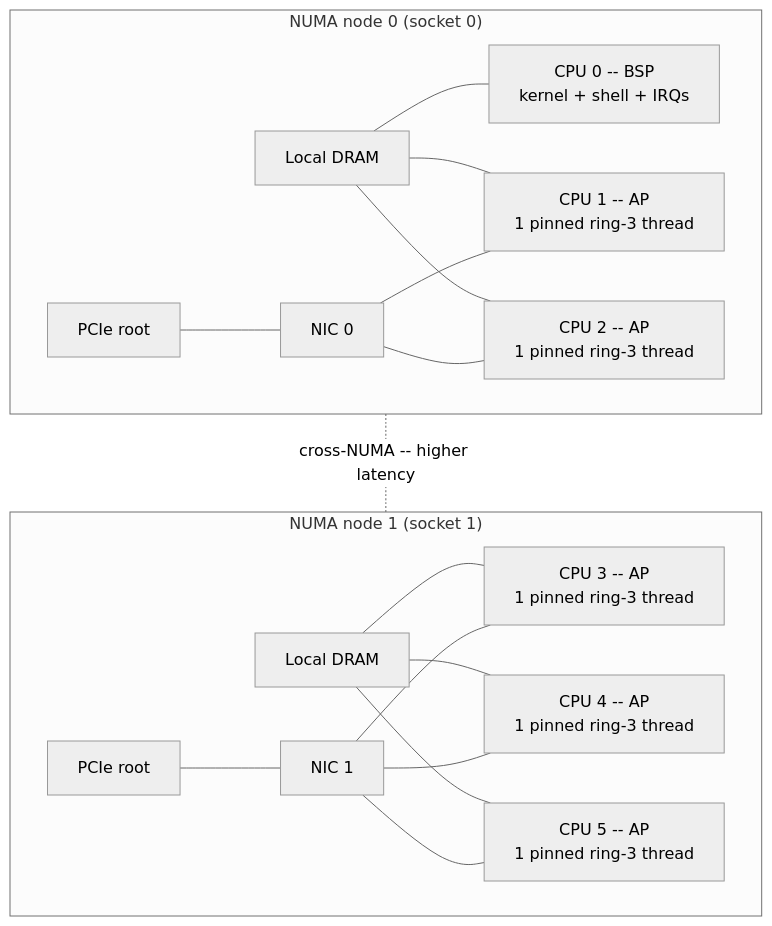
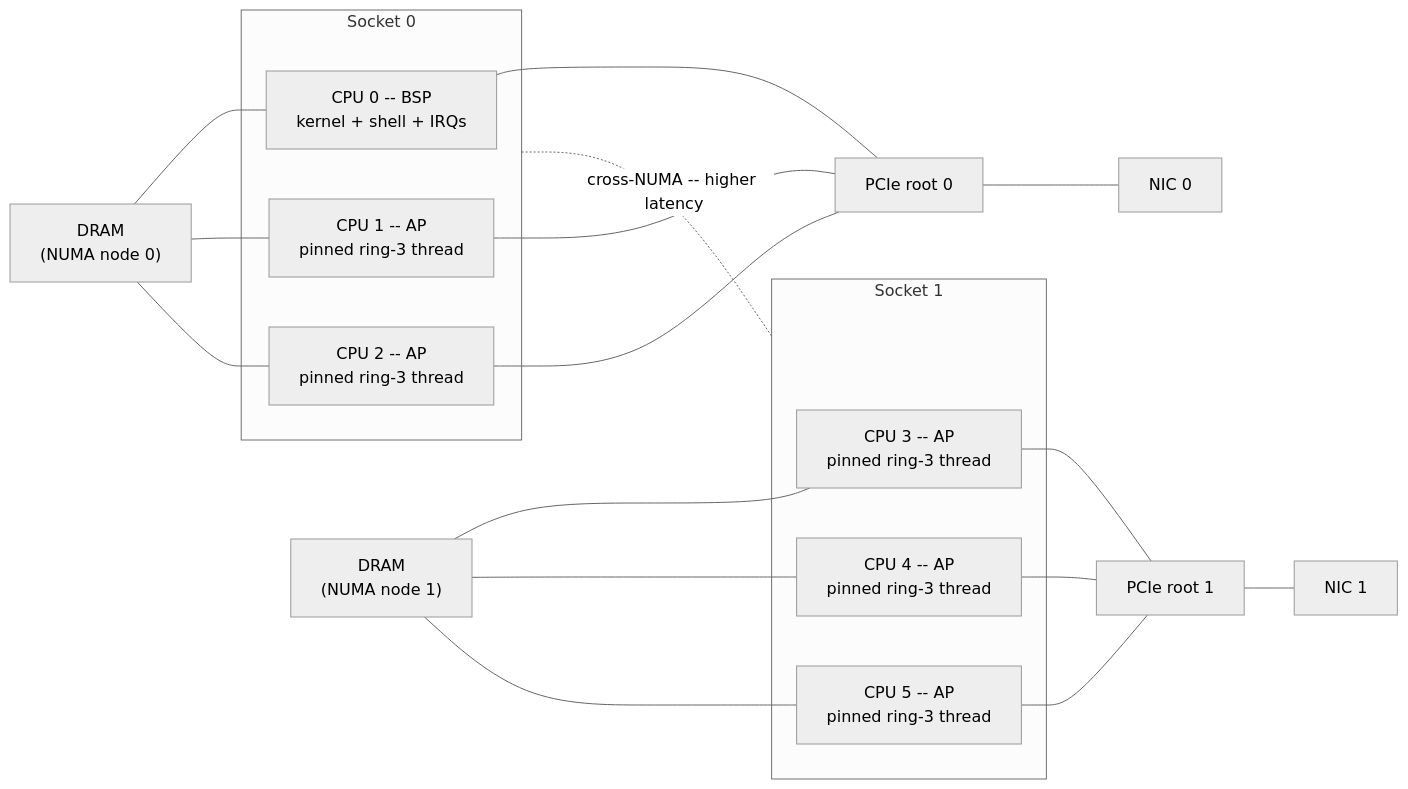
One commit to pierreact/osdev changed the diagram in README.md. Above: the diagram before and after it, drawn with Mermaid (neutral theme). The commit also changed other lines of this file, not shown here.

Commit message:
README: redo Hardware model diagram so PCIe root sits at socket boundary
The previous version put NIC, DRAM, and PCIe root all inside the
socket subgraph, which is wrong physically: only the cores and
the on-die fabric live inside the socket. PCIe root is the
boundary between the cores and external devices; the NIC is on the
device side of the root.

New layout (LR flow):
  DRAM (NUMA node N) --- [Socket: cores] --- PCIe root --- NIC

Per-core lines from each AP / BSP to the PCIe root make explicit
that the AP polls its local NIC through its local root. Cross-NUMA
dashed link still connects the two sockets.

Caption rewritten to describe the new shape: the PCIe root is the
gateway, NIC sits one hop past the root, and the cross-NUMA link
is the only path to cross-NUMA memory or a remote NIC.

````diff
--- a/README.md
+++ b/README.md
@@ -39,33 +39,38 @@
 ```mermaid
-flowchart TD
-    subgraph N0["NUMA node 0 (socket 0)"]
-        DRAM0["Local DRAM"]
-        PCIe0["PCIe root"]
-        NIC0["NIC 0"]
+flowchart LR
+    DRAM0["DRAM<br/>(NUMA node 0)"]
+    subgraph S0["Socket 0"]
         BSP["CPU 0 -- BSP<br/>kernel + shell + IRQs"]
-        AP1["CPU 1 -- AP<br/>1 pinned ring-3 thread"]
-        AP2["CPU 2 -- AP<br/>1 pinned ring-3 thread"]
-        DRAM0 --- BSP
-        DRAM0 --- AP1
-        DRAM0 --- AP2
-        PCIe0 --- NIC0
-        NIC0 --- AP1
-        NIC0 --- AP2
+        AP1["CPU 1 -- AP<br/>pinned ring-3 thread"]
+        AP2["CPU 2 -- AP<br/>pinned ring-3 thread"]
     end
-    subgraph N1["NUMA node 1 (socket 1)"]
-        DRAM1["Local DRAM"]
-        PCIe1["PCIe root"]
-        NIC1["NIC 1"]
-        AP3["CPU 3 -- AP<br/>1 pinned ring-3 thread"]
-        AP4["CPU 4 -- AP<br/>1 pinned ring-3 thread"]
-        AP5["CPU 5 -- AP<br/>1 pinned ring-3 thread"]
-        DRAM1 --- AP3
-        DRAM1 --- AP4
-        DRAM1 --- AP5
-        PCIe1 --- NIC1
-        NIC1 --- AP3
-        NIC1 --- AP4
-        NIC1 --- AP5
+    PCIe0["PCIe root 0"]
+    NIC0["NIC 0"]
+
+    DRAM0 --- BSP
+    DRAM0 --- AP1
+    DRAM0 --- AP2
+    BSP --- PCIe0
+    AP1 --- PCIe0
+    AP2 --- PCIe0
+    PCIe0 --- NIC0
+
+    DRAM1["DRAM<br/>(NUMA node 1)"]
+    subgraph S1["Socket 1"]
+        AP3["CPU 3 -- AP<br/>pinned ring-3 thread"]
+        AP4["CPU 4 -- AP<br/>pinned ring-3 thread"]
+        AP5["CPU 5 -- AP<br/>pinned ring-3 thread"]
     end
-    N0 -. "cross-NUMA -- higher latency" .- N1
+    PCIe1["PCIe root 1"]
+    NIC1["NIC 1"]
+
+    DRAM1 --- AP3
+    DRAM1 --- AP4
+    DRAM1 --- AP5
+    AP3 --- PCIe1
+    AP4 --- PCIe1
+    AP5 --- PCIe1
+    PCIe1 --- NIC1
+
+    S0 -. "cross-NUMA -- higher latency" .- S1
 ```
````
